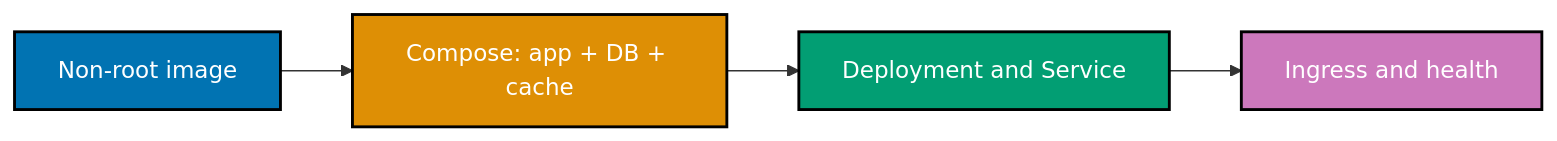
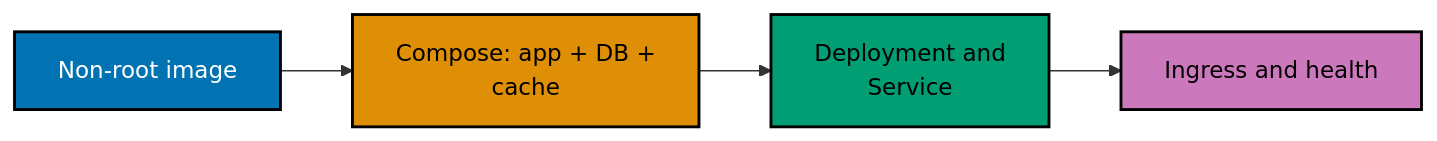
The diagram in apps/ayokoding-www/content/en/learn/courses/containers-and-orchestration/learning/capstone/overview.md (wahidyankf/ose-public), drawn with Mermaid before and after one commit. The commit also changed 144 other files, not shown here.

First line of the commit message:
fix(mermaid): bring the first half of the courses diagrams onto the accessible palette

````diff
--- a/apps/ayokoding-www/content/en/learn/courses/containers-and-orchestration/learning/capstone/overview.md
+++ b/apps/ayokoding-www/content/en/learn/courses/containers-and-orchestration/learning/capstone/overview.md
@@ -23,12 +23,15 @@
 ```mermaid
 %% Color Palette: Blue #0173B2, Orange #DE8F05, Teal #029E73, Purple #CC78BC
 %% Labels and shapes communicate the flow independently of color.
 flowchart LR
-    A["Non-root image"]:::blue --> B["Compose: app + DB + cache"]:::orange
-    B --> C["Deployment and Service"]:::teal
+    accTitle: What the capstone exercises
+    accDescr: Flowchart with 4 nodes and 3 connections. Nodes: Non-root image, Compose: app + DB + cache, Deployment and Service, Ingress and health. Connections: Non-root image to Compose: app + DB + cache, Compose: app + DB + cache to Deployment and Service, Deployment and Service to Ingress and health.
+    A["Non-root image"]:::blue --> B["Compose: app + DB +<br/>cache"]:::orange
+    B --> C["Deployment and<br/>Service"]:::teal
     C --> D["Ingress and health"]:::purple
     classDef blue fill:#0173B2,stroke:#000000,color:#FFFFFF,stroke-width:2px
-    classDef orange fill:#DE8F05,stroke:#000000,color:#FFFFFF,stroke-width:2px
-    classDef teal fill:#029E73,stroke:#000000,color:#FFFFFF,stroke-width:2px
-    classDef purple fill:#CC78BC,stroke:#000000,color:#FFFFFF,stroke-width:2px
+    classDef orange fill:#DE8F05,stroke:#000000,color:#000000,stroke-width:2px
+    classDef teal fill:#029E73,stroke:#000000,color:#000000,stroke-width:2px
+    classDef purple fill:#CC78BC,stroke:#000000,color:#000000,stroke-width:2px
+    classDef default fill:#FFFFFF,stroke:#000000,color:#000000
 ```
````
